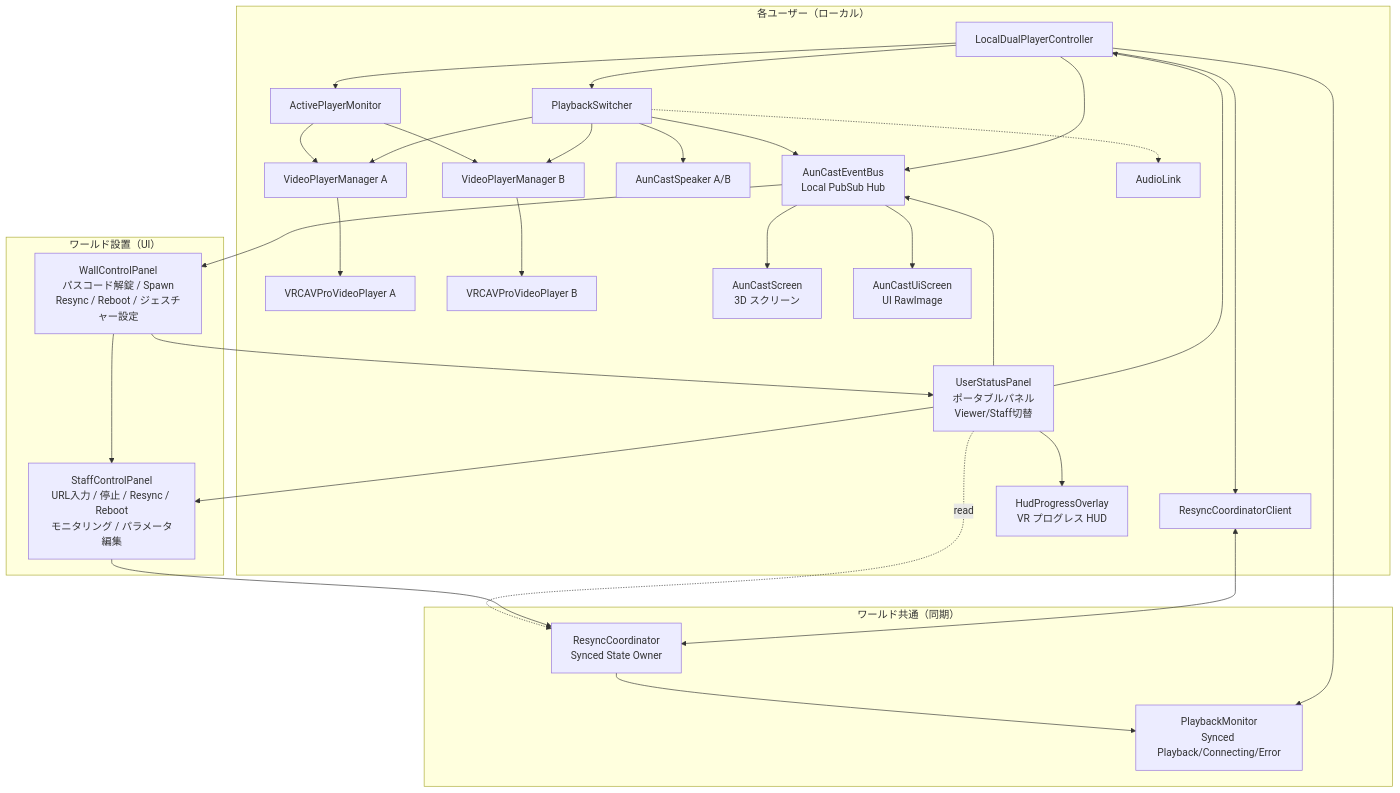
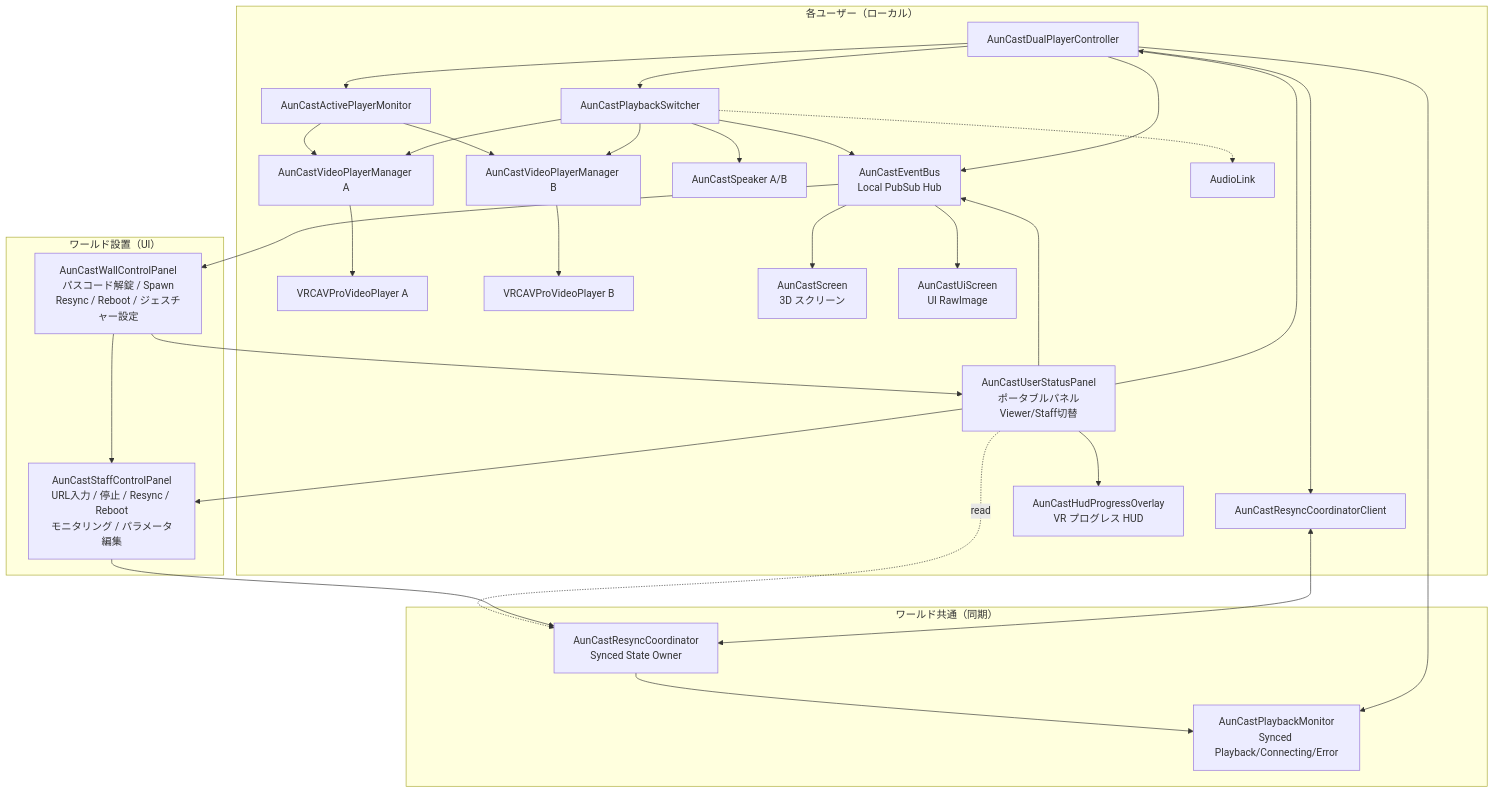
The first of 6 diagrams in Docs/Design.md (pasocommate/AunCast), drawn with Mermaid before and after one commit. The commit also changed other lines of this file and 9 other files, not shown here.

````diff
--- a/Docs/Design.md
+++ b/Docs/Design.md
@@ -451,59 +451,59 @@
 ```mermaid
 flowchart TB
     subgraph "各ユーザー（ローカル）"
-        Ctrl[LocalDualPlayerController]
-        Mon[ActivePlayerMonitor]
-        Sw[PlaybackSwitcher]
-        Cli[ResyncCoordinatorClient]
-        VPM_A[VideoPlayerManager A]
-        VPM_B[VideoPlayerManager B]
+        Ctrl[AunCastDualPlayerController]
+        Mon[AunCastActivePlayerMonitor]
+        Sw[AunCastPlaybackSwitcher]
+        Cli[AunCastResyncCoordinatorClient]
+        VPM_A[AunCastVideoPlayerManager A]
+        VPM_B[AunCastVideoPlayerManager B]
         PA[VRCAVProVideoPlayer A]
         PB[VRCAVProVideoPlayer B]
         Audio[AunCastSpeaker A/B]
         Bus[AunCastEventBus<br/>Local PubSub Hub]
         MeshScreen[AunCastScreen<br/>3D スクリーン]
         UiScreen[AunCastUiScreen<br/>UI RawImage]
         AL[AudioLink]
-        Viewer[UserStatusPanel<br/>ポータブルパネル<br/>Viewer/Staff切替]
-        HUD[HudProgressOverlay<br/>VR プログレス HUD]
+        Viewer[AunCastUserStatusPanel<br/>ポータブルパネル<br/>Viewer/Staff切替]
+        HUD[AunCastHudProgressOverlay<br/>VR プログレス HUD]
 
         Ctrl --> Mon
         Ctrl --> Sw
         Ctrl --> Cli
         Ctrl --> Bus
         Sw --> VPM_A
         Sw --> VPM_B
         Sw --> Bus
         Bus --> MeshScreen
         Bus --> UiScreen
         Sw -.-> AL
         Sw --> Audio
         VPM_A --> PA
         VPM_B --> PB
         Mon --> VPM_A
         Mon --> VPM_B
         Viewer --> Ctrl
         Viewer --> Bus
         Viewer --> HUD
     end
 
     subgraph "ワールド共通（同期）"
-        Coord[ResyncCoordinator<br/>Synced State Owner]
-        PMon[PlaybackMonitor<br/>Synced Playback/Connecting/Error]
+        Coord[AunCastResyncCoordinator<br/>Synced State Owner]
+        PMon[AunCastPlaybackMonitor<br/>Synced Playback/Connecting/Error]
     end
 
     subgraph "ワールド設置（UI）"
-        Wall[WallControlPanel<br/>パスコード解錠 / Spawn<br/>Resync / Reboot / ジェスチャー設定]
-        Staff[StaffControlPanel<br/>URL入力 / 停止 / Resync / Reboot<br/>モニタリング / パラメータ編集]
+        Wall[AunCastWallControlPanel<br/>パスコード解錠 / Spawn<br/>Resync / Reboot / ジェスチャー設定]
+        Staff[AunCastStaffControlPanel<br/>URL入力 / 停止 / Resync / Reboot<br/>モニタリング / パラメータ編集]
     end
 
     Cli <--> Coord
     Ctrl --> PMon
     Wall --> Staff
     Wall --> Viewer
     Bus --> Wall
     Staff --> Coord
     Viewer -.->|read| Coord
     Viewer --> Staff
     Coord --> PMon
 ```
````
